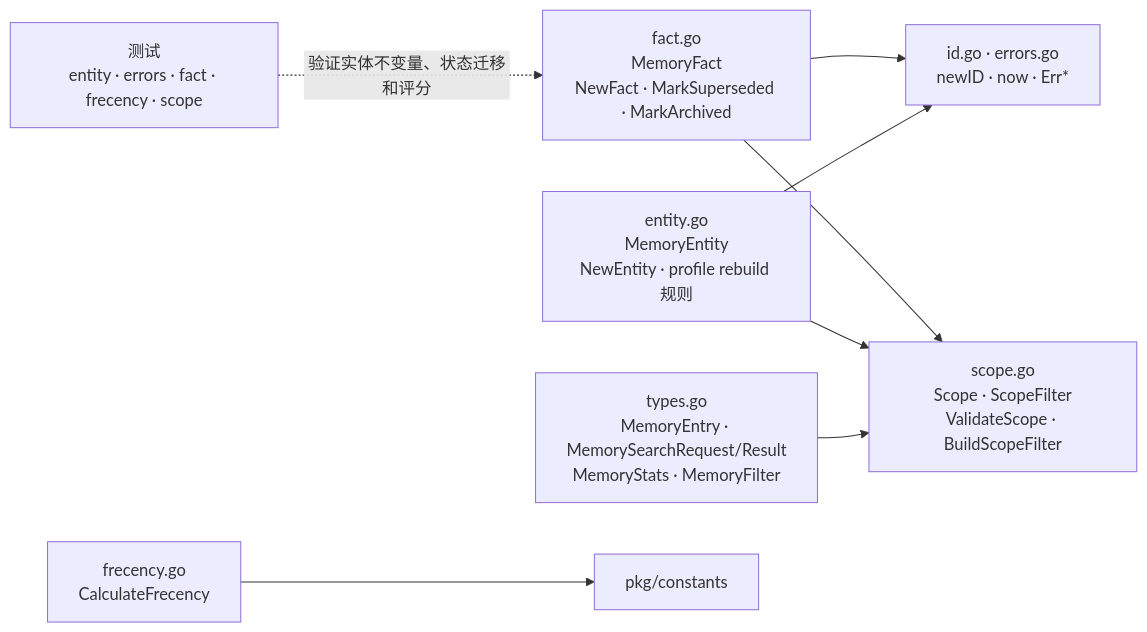
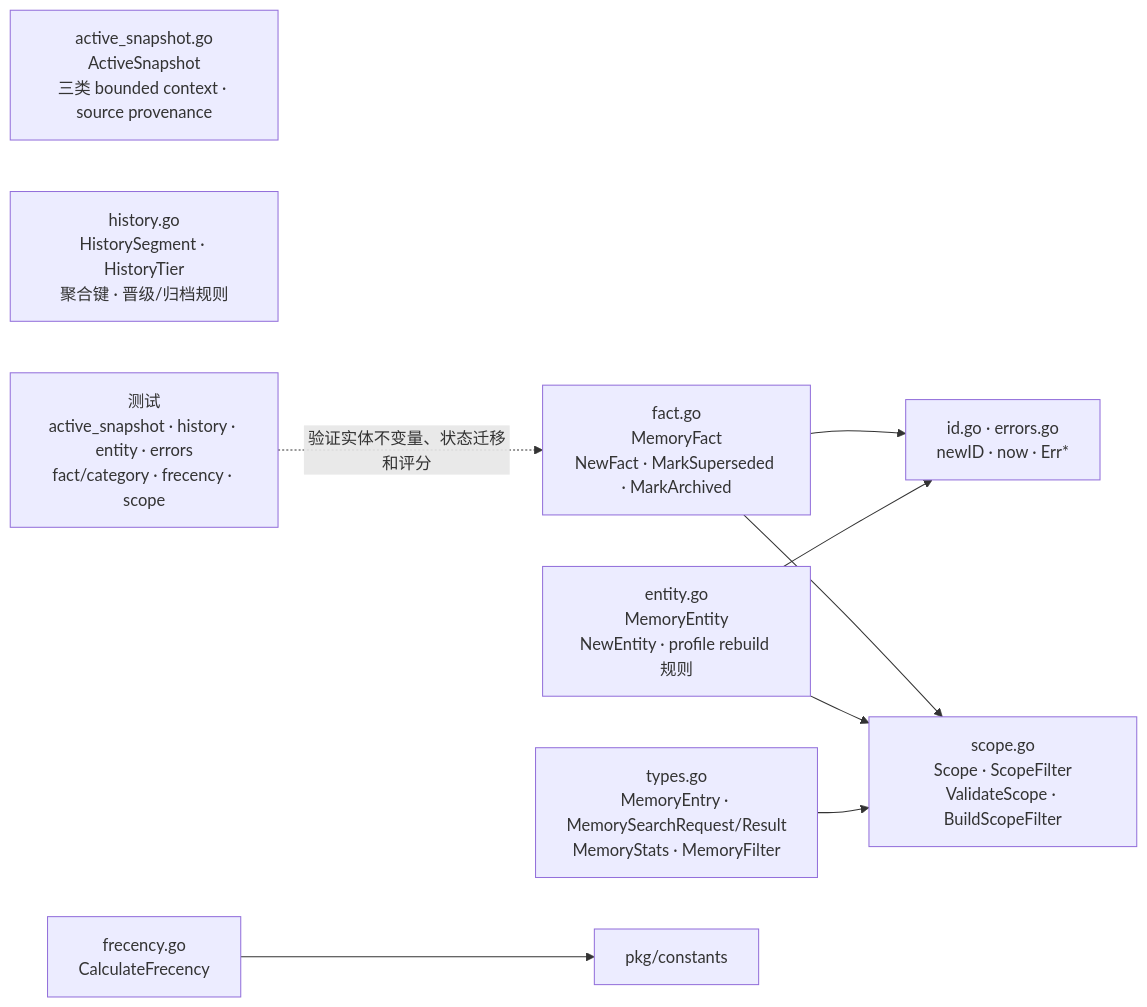
One commit to ArchChuan/Stratum changed the diagram in docs/go-package-architecture/internal-memory-domain.md. Above: the diagram before and after it, drawn with Mermaid. The commit also changed other lines of this file and 12 other files, not shown here.

````diff
--- a/docs/go-package-architecture/internal-memory-domain.md
+++ b/docs/go-package-architecture/internal-memory-domain.md
@@ -7,18 +7,20 @@
 ```mermaid
 flowchart LR
   fact["fact.go<br/>MemoryFact<br/>NewFact · MarkSuperseded · MarkArchived"]
   entity["entity.go<br/>MemoryEntity<br/>NewEntity · profile rebuild 规则"]
+  snapshot["active_snapshot.go<br/>ActiveSnapshot<br/>三类 bounded context · source provenance"]
+  history["history.go<br/>HistorySegment · HistoryTier<br/>聚合键 · 晋级/归档规则"]
   scope["scope.go<br/>Scope · ScopeFilter<br/>ValidateScope · BuildScopeFilter"]
   general["types.go<br/>MemoryEntry · MemorySearchRequest/Result<br/>MemoryStats · MemoryFilter"]
   score["frecency.go<br/>CalculateFrecency"]
   support["id.go · errors.go<br/>newID · now · Err*"]
   constants["pkg/constants"]
-  tests["测试<br/>entity · errors · fact · frecency · scope"]
+  tests["测试<br/>active_snapshot · history · entity · errors<br/>fact/category · frecency · scope"]
   fact --> support
   entity --> support
   fact --> scope
   entity --> scope
   general --> scope
   score --> constants
   tests -.验证实体不变量、状态迁移和评分.-> fact
 ```
````
